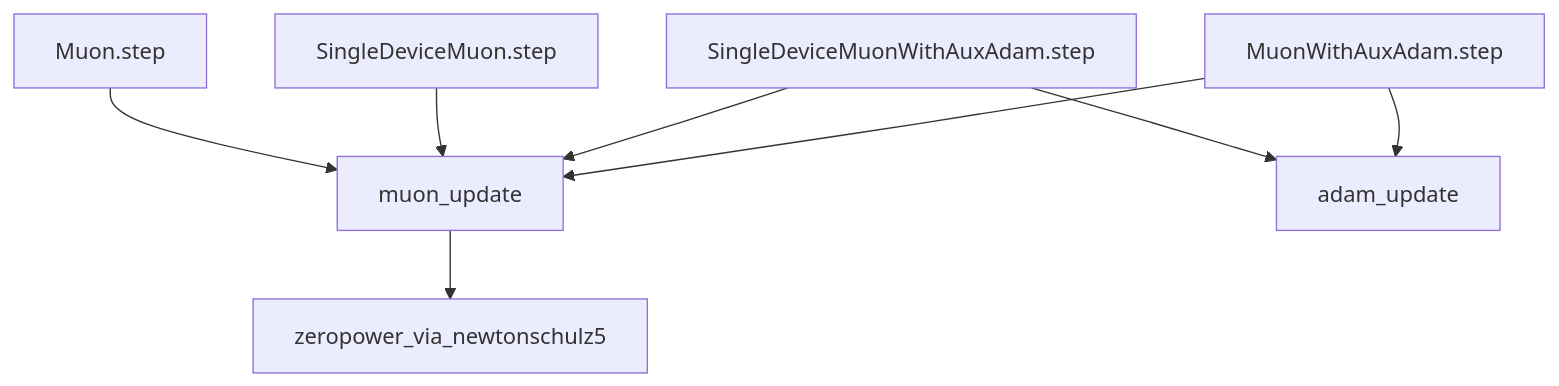
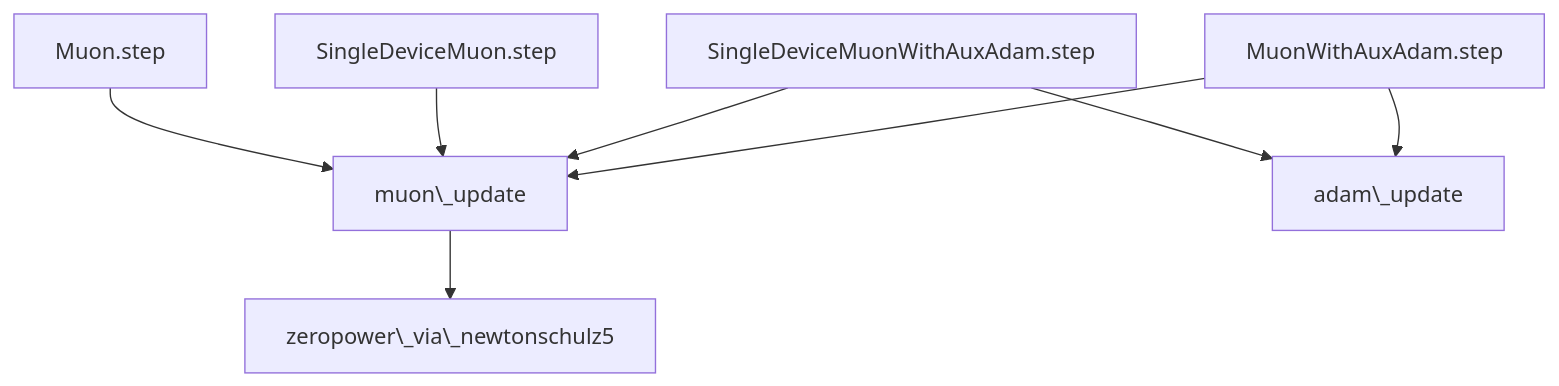
Before and after one commit to guo-sj/guo-sj.github.io: the first of 2 diagrams in docs/_posts/2026-01-28-muon-optimizer.md, drawn with Mermaid. The commit also changed other lines of this file, not shown here.

Commit message:
update the post <muon>

```diff
--- a/docs/_posts/2026-01-28-muon-optimizer.md
+++ b/docs/_posts/2026-01-28-muon-optimizer.md
@@ -156,15 +156,15 @@
 <div class="mermaid">
 flowchart TD
 
-a[MuonWithAuxAdam.step] --> b[muon_update]
-b --> c[zeropower_via_newtonschulz5]
+a[MuonWithAuxAdam.step] --> b[muon\_update]
+b --> c[zeropower\_via\_newtonschulz5]
 
-a --> d[adam_update]
+a --> d[adam\_update]
 
 e[SingleDeviceMuonWithAuxAdam.step] --> b
 e --> d
 
 f[SingleDeviceMuon.step] --> b
 
 g[Muon.step] --> b
 </div>
```
